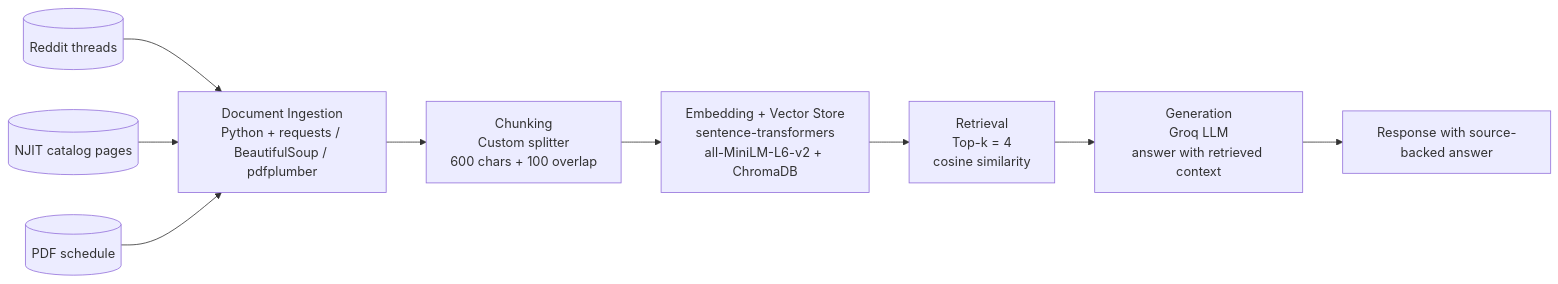
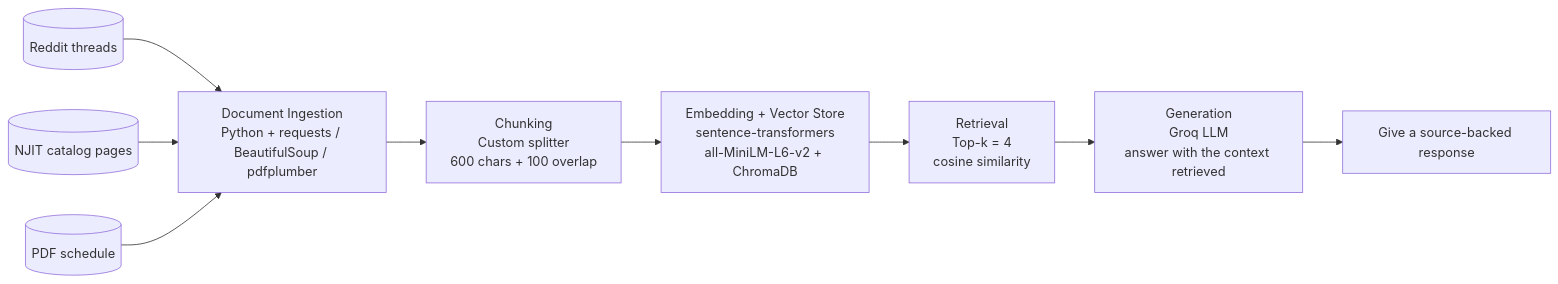
The diagram in planning.md (carlinnv/Unofficial-College-Guide), drawn with Mermaid before and after one commit. The commit also changed other lines of this file, not shown here.

````diff
--- a/planning.md
+++ b/planning.md
@@ -109,13 +109,13 @@
 ```mermaid
 flowchart LR
      A[Document Ingestion\nPython + requests / BeautifulSoup / pdfplumber] --> B[Chunking\nCustom splitter\n600 chars + 100 overlap]
      B --> C[Embedding + Vector Store\nsentence-transformers\nall-MiniLM-L6-v2 + ChromaDB]
      C --> D[Retrieval\nTop-k = 4\ncosine similarity]
-     D --> E[Generation\nGroq LLM\nanswer with retrieved context]
+     D --> E[Generation\nGroq LLM\nanswer with the context retrieved]
 
      A1[(Reddit threads)] --> A
      A2[(NJIT catalog pages)] --> A
      A3[(PDF schedule)] --> A
 
-     E --> F[Response with source-backed answer]
+     E --> F[Give a source-backed response]
 ```
````
